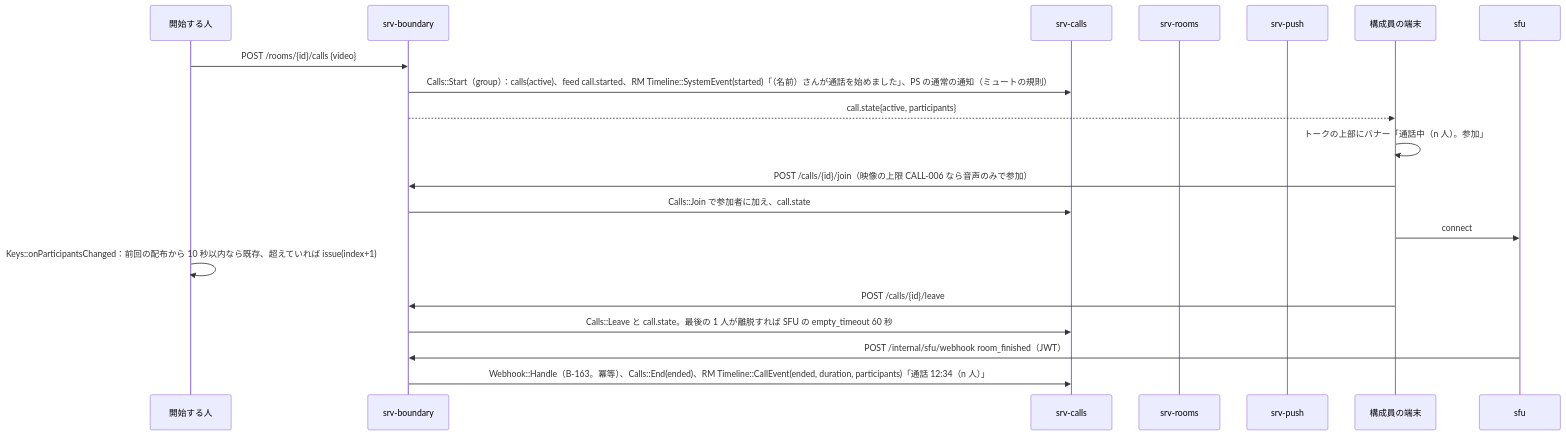
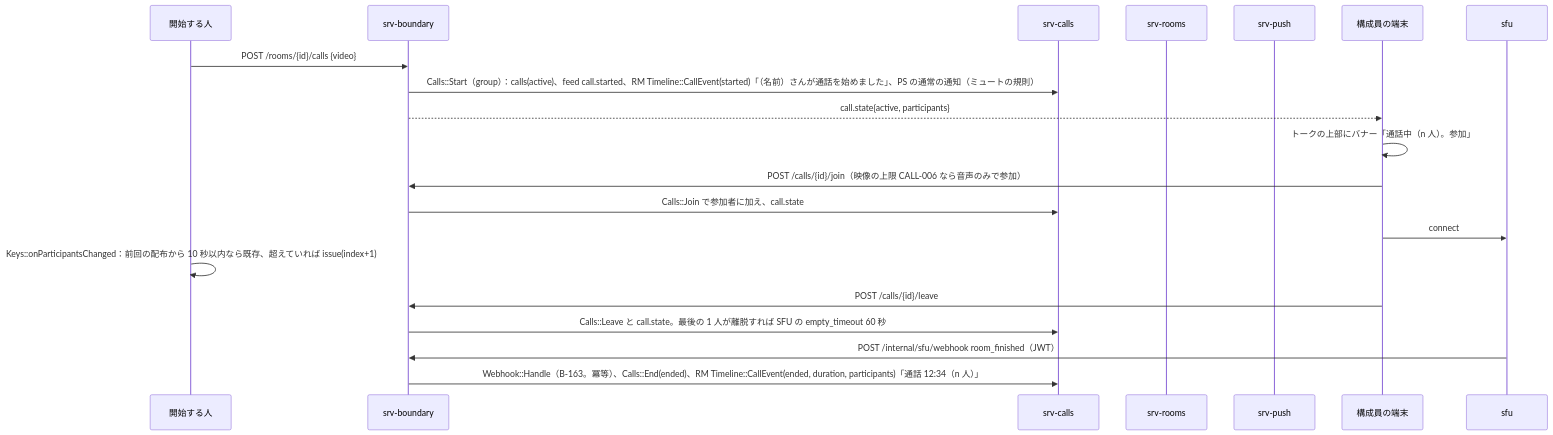
The second of 4 diagrams in dev/docs/jp/シーケンス/07_通話.md (nrsd-ishikawasou/family-talk-pwa), drawn with Mermaid before and after one commit. The commit also changed 117 other files, not shown here.

````diff
--- a/dev/docs/jp/シーケンス/07_通話.md
+++ b/dev/docs/jp/シーケンス/07_通話.md
@@ -77,22 +77,22 @@
 ```mermaid
 sequenceDiagram
   participant A as 開始する人
   participant BD as srv-boundary
   participant CL as srv-calls
   participant RM as srv-rooms
   participant PS as srv-push
   participant M as 構成員の端末
   participant SFU as sfu
   A->>BD: POST /rooms/{id}/calls {video}
-  BD->>CL: Calls::Start（group）：calls(active)、feed call.started、RM Timeline::SystemEvent(started)「（名前）さんが通話を始めました」、PS の通常の通知（ミュートの規則）
+  BD->>CL: Calls::Start（group）：calls(active)、feed call.started、RM Timeline::CallEvent(started)「（名前）さんが通話を始めました」、PS の通常の通知（ミュートの規則）
   BD-->>M: call.state{active, participants}
   M->>M: トークの上部にバナー「通話中（n 人）。参加」
   M->>BD: POST /calls/{id}/join（映像の上限 CALL-006 なら音声のみで参加）
   BD->>CL: Calls::Join で参加者に加え、call.state
   M->>SFU: connect
   A->>A: Keys::onParticipantsChanged：前回の配布から 10 秒以内なら既存、超えていれば issue(index+1)
   M->>BD: POST /calls/{id}/leave
   BD->>CL: Calls::Leave と call.state。最後の 1 人が離脱すれば SFU の empty_timeout 60 秒
   SFU->>BD: POST /internal/sfu/webhook room_finished（JWT）
   BD->>CL: Webhook::Handle（B-163。冪等）、Calls::End(ended)、RM Timeline::CallEvent(ended, duration, participants)「通話 12:34（n 人）」
 ```
````
